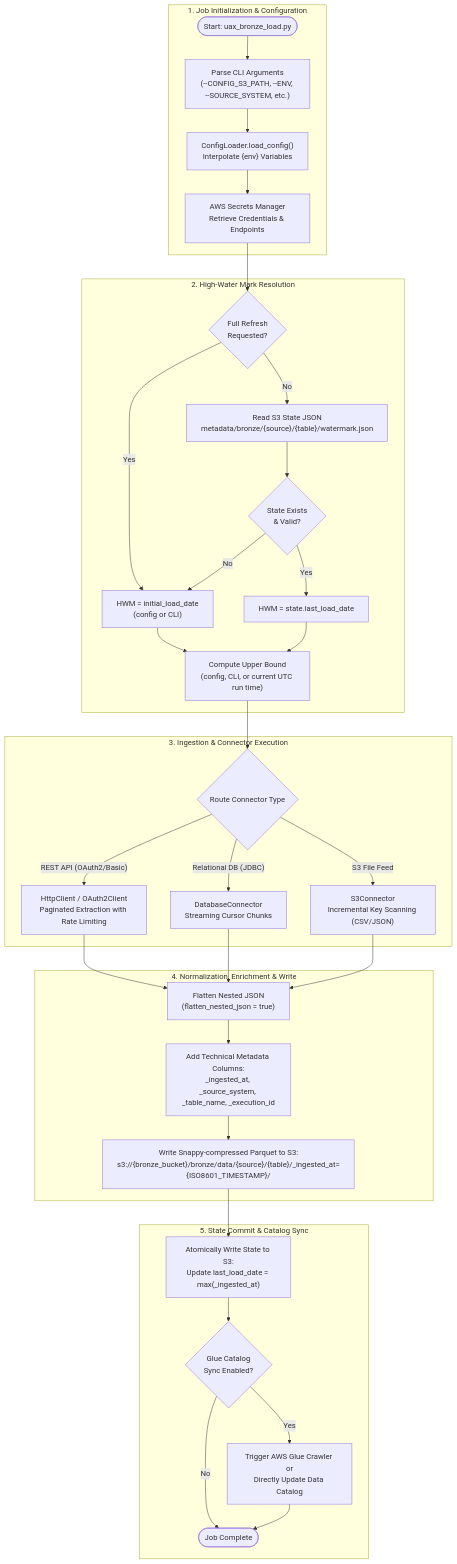
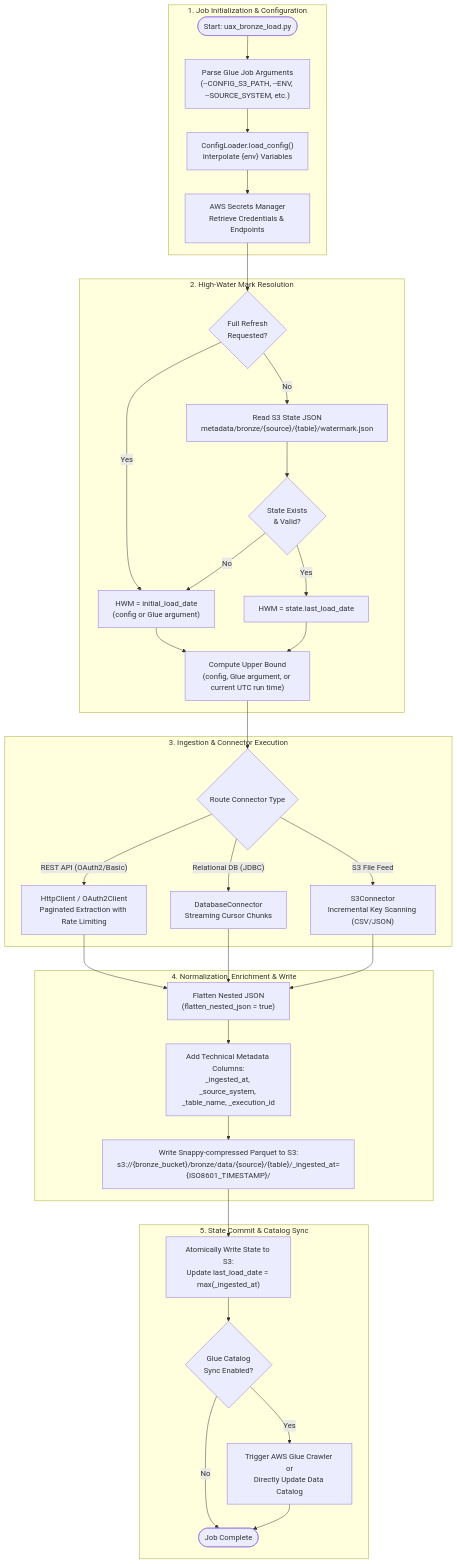
The diagram in docs/bronze/BRONZE_LAYER.md (Nilkamal-m/Data-pipeline), drawn with Mermaid before and after one commit. The commit also changed other lines of this file and 9 other files, not shown here.

Commit message:
docs: replace CLI with Glue arguments, remove base_connector, and document Aurora secret schema

````diff
--- a/docs/bronze/BRONZE_LAYER.md
+++ b/docs/bronze/BRONZE_LAYER.md
@@ -20,42 +20,42 @@
 ```mermaid
 flowchart TD
     subgraph Initialization ["1. Job Initialization & Configuration"]
-        Start(["Start: uax_bronze_load.py"]) --> ParseArgs["Parse CLI Arguments\n(--CONFIG_S3_PATH, --ENV, --SOURCE_SYSTEM, etc.)"]
+        Start(["Start: uax_bronze_load.py"]) --> ParseArgs["Parse Glue Job Arguments\n(--CONFIG_S3_PATH, --ENV, --SOURCE_SYSTEM, etc.)"]
         ParseArgs --> LoadConfig["ConfigLoader.load_config()\nInterpolate {env} Variables"]
         LoadConfig --> FetchSecret["AWS Secrets Manager\nRetrieve Credentials & Endpoints"]
     end
 
     subgraph StateResolution ["2. High-Water Mark Resolution"]
         FetchSecret --> CheckFullRefresh{"Full Refresh\nRequested?"}
-        CheckFullRefresh -- Yes --> UseInitial["HWM = initial_load_date\n(config or CLI)"]
+        CheckFullRefresh -- Yes --> UseInitial["HWM = initial_load_date\n(config or Glue argument)"]
         CheckFullRefresh -- No --> ReadStateFile["Read S3 State JSON\nmetadata/bronze/{source}/{table}/watermark.json"]
         ReadStateFile --> ValidateHWM{"State Exists\n& Valid?"}
         ValidateHWM -- Yes --> UseState["HWM = state.last_load_date"]
         ValidateHWM -- No --> UseInitial
-        UseInitial --> SetUpperBound["Compute Upper Bound\n(config, CLI, or current UTC run time)"]
+        UseInitial --> SetUpperBound["Compute Upper Bound\n(config, Glue argument, or current UTC run time)"]
         UseState --> SetUpperBound
     end
 
     subgraph Extraction ["3. Ingestion & Connector Execution"]
         SetUpperBound --> RouteConnector{"Route Connector Type"}
         RouteConnector -- "REST API (OAuth2/Basic)" --> ExecuteHTTP["HttpClient / OAuth2Client\nPaginated Extraction with Rate Limiting"]
         RouteConnector -- "Relational DB (JDBC)" --> ExecuteJDBC["DatabaseConnector\nStreaming Cursor Chunks"]
         RouteConnector -- "S3 File Feed" --> ExecuteS3["S3Connector\nIncremental Key Scanning (CSV/JSON)"]
     end
 
     subgraph TransformationWrite ["4. Normalization, Enrichment & Write"]
         ExecuteHTTP --> Flatten["Flatten Nested JSON\n(flatten_nested_json = true)"]
         ExecuteJDBC --> Flatten
         ExecuteS3 --> Flatten
         Flatten --> Enrich["Add Technical Metadata Columns:\n_ingested_at, _source_system, _table_name, _execution_id"]
         Enrich --> PartitionWrite["Write Snappy-compressed Parquet to S3:\ns3://{bronze_bucket}/bronze/data/{source}/{table}/_ingested_at={ISO8601_TIMESTAMP}/"]
     end
 
     subgraph Finalization ["5. State Commit & Catalog Sync"]
         PartitionWrite --> CommitState["Atomically Write State to S3:\nUpdate last_load_date = max(_ingested_at)"]
         CommitState --> CatalogSync{"Glue Catalog\nSync Enabled?"}
         CatalogSync -- Yes --> TriggerCrawler["Trigger AWS Glue Crawler or\nDirectly Update Data Catalog"]
         CatalogSync -- No --> Success(["Job Complete"])
         TriggerCrawler --> Success
     end
 ```
````
